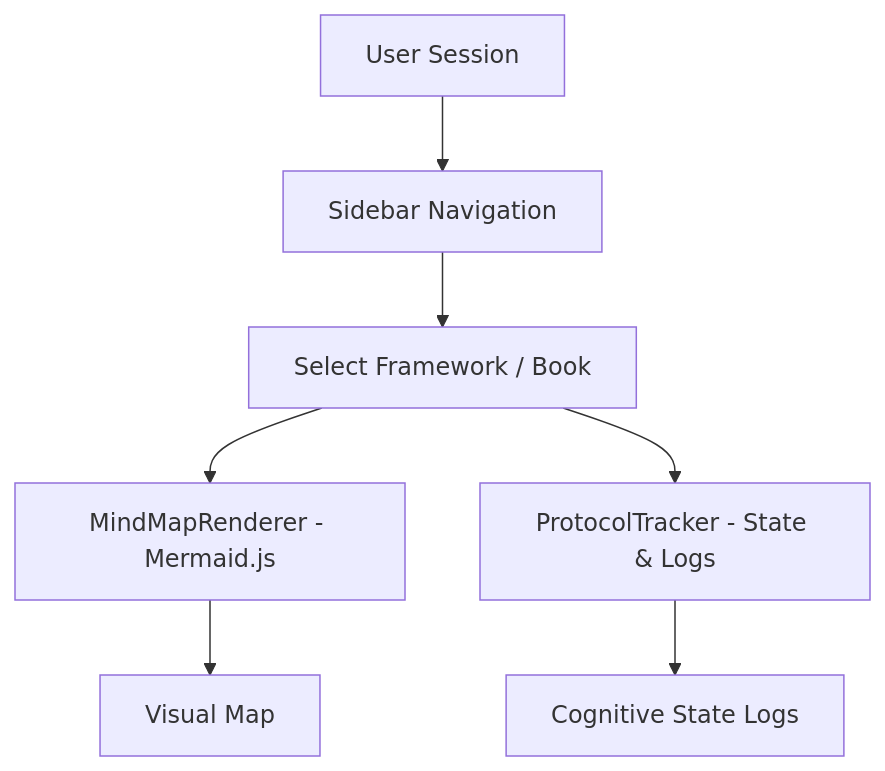
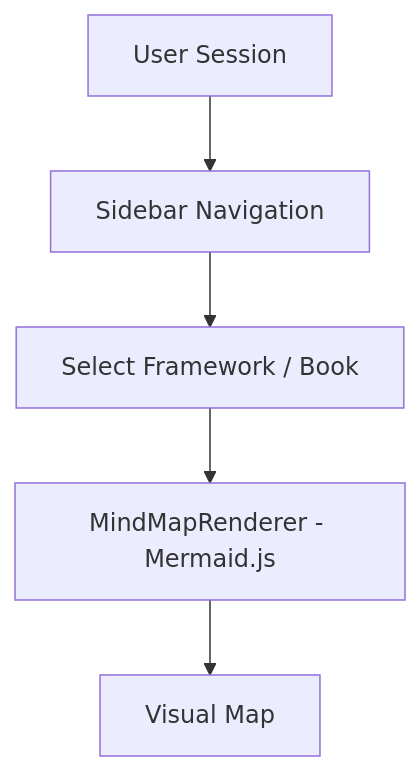
The diagram in README.md (dmitrii-esin/books-summaries), drawn with Mermaid before and after one commit. The commit also changed other lines of this file and 389 other files, not shown here.

Commit message:
feat: complete dashboard with charts, design overhaul, and gh-pages setup

````diff
--- a/README.md
+++ b/README.md
@@ -5,9 +5,7 @@
 ```mermaid
 graph TD
     A[User Session] --> B[Sidebar Navigation]
     B --> C[Select Framework / Book]
     C --> D[MindMapRenderer - Mermaid.js]
-    C --> E[ProtocolTracker - State & Logs]
-    D --> F[Visual Map]
-    E --> G[Cognitive State Logs]
+    D --> E[Visual Map]
 ```
````
